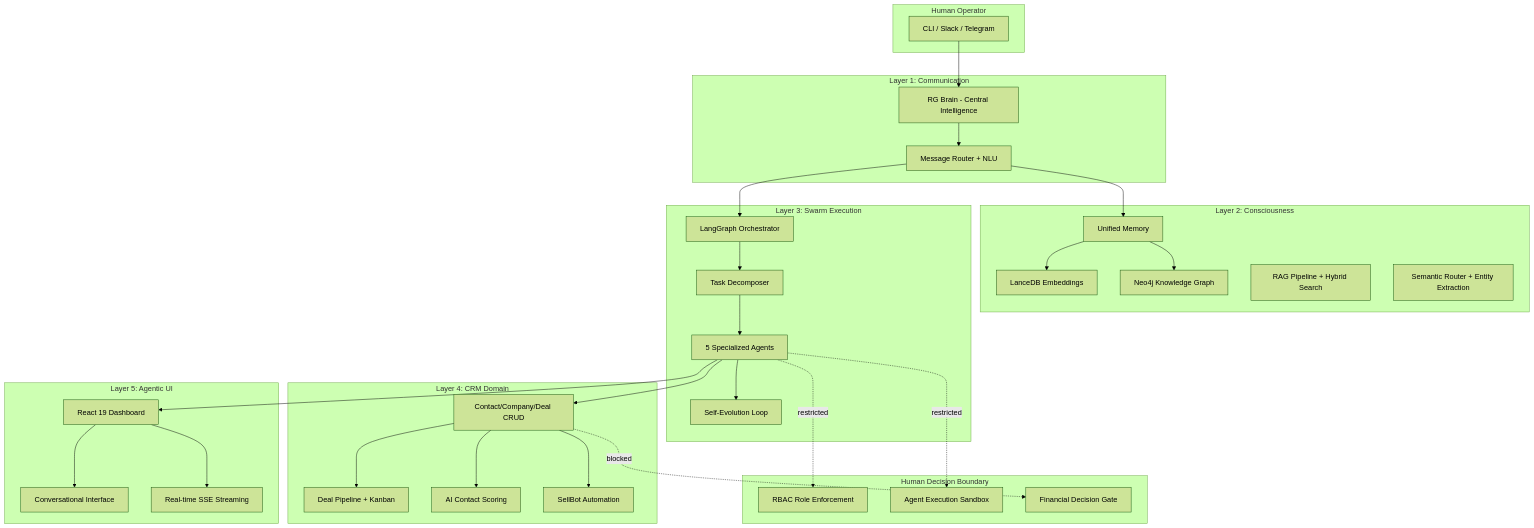
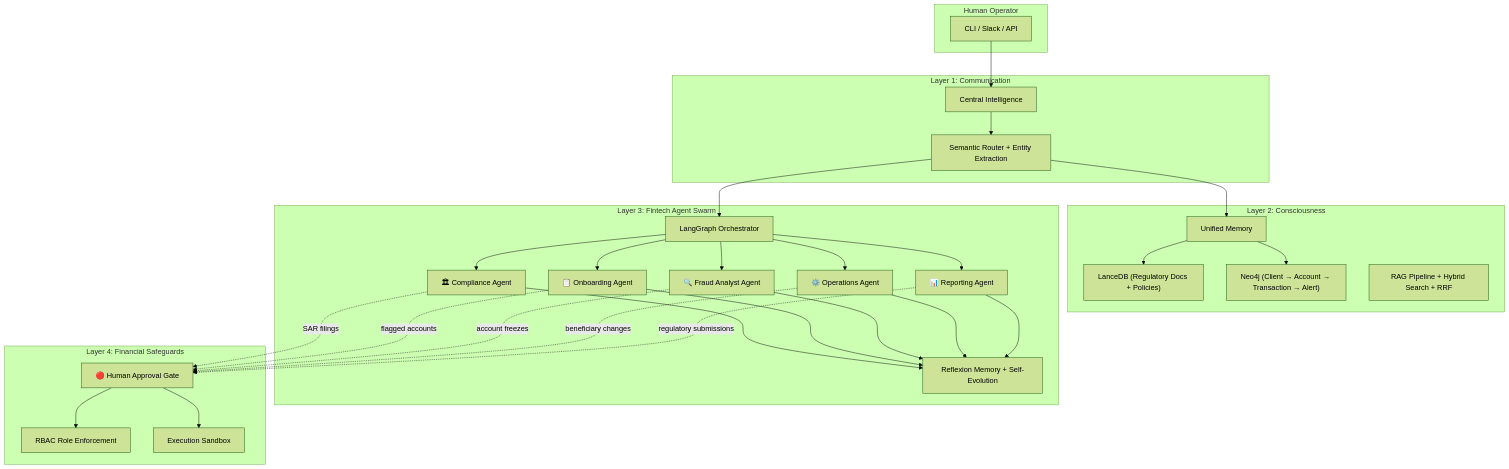
One commit to ravigandhiarul-agent/rg-ai-native-ops changed the diagram in README.md. Above: the diagram before and after it, drawn with Mermaid (forest theme). The commit also changed other lines of this file, not shown here.

Commit message:
Redesign README for Wealthsimple AI Builder: fintech-specific agents and architecture

````diff
--- a/README.md
+++ b/README.md
@@ -13,51 +25,47 @@
 ```mermaid
 graph TB
     subgraph "Human Operator"
-        CLI[CLI / Slack / Telegram]
+        CLI[CLI / Slack / API]
     end
+
     subgraph "Layer 1: Communication"
-        Brain[RG Brain - Central Intelligence]
-        Router[Message Router + NLU]
+        Brain[Central Intelligence]
+        NLU[Semantic Router + Entity Extraction]
     end
+
     subgraph "Layer 2: Consciousness"
         Memory[Unified Memory]
-        VectorDB[LanceDB Embeddings]
-        KG[Neo4j Knowledge Graph]
-        RAG[RAG Pipeline + Hybrid Search]
-        NLU[Semantic Router + Entity Extraction]
+        VectorDB["LanceDB (Regulatory Docs + Policies)"]
+        KG["Neo4j (Client → Account → Transaction → Alert)"]
+        RAG[RAG Pipeline + Hybrid Search + RRF]
     end
-    subgraph "Layer 3: Swarm Execution"
+
+    subgraph "Layer 3: Fintech Agent Swarm"
         Orchestrator[LangGraph Orchestrator]
-        Decomposer[Task Decomposer]
-        Agents[5 Specialized Agents]
-        Evolution[Self-Evolution Loop]
+        Compliance[🏛 Compliance Agent]
+        Onboarding[📋 Onboarding Agent]
+        Fraud[🔍 Fraud Analyst Agent]
+        Operations[⚙️ Operations Agent]
+        Reporting[📊 Reporting Agent]
+        Evolution[Reflexion Memory + Self-Evolution]
     end
-    subgraph "Layer 4: CRM Domain"
-        CRM[Contact/Company/Deal CRUD]
-        Pipeline[Deal Pipeline + Kanban]
-        Scoring[AI Contact Scoring]
-        SellBot[SellBot Automation]
+
+    subgraph "Layer 4: Financial Safeguards"
+        RBAC[RBAC Role Enforcement]
+        Sandbox[Execution Sandbox]
+        Gate["🔴 Human Approval Gate"]
     end
-    subgraph "Layer 5: Agentic UI"
-        Dashboard[React 19 Dashboard]
-        Chat[Conversational Interface]
-        SSE[Real-time SSE Streaming]
-    end
-    subgraph "Human Decision Boundary"
-        RBAC[RBAC Role Enforcement]
-        Sandbox[Agent Execution Sandbox]
-        Approval[Financial Decision Gate]
-    end
-    CLI --> Brain --> Router
-    Router --> Memory
+
+    CLI --> Brain --> NLU
+    NLU --> Memory
     Memory --> VectorDB & KG
-    Router --> Orchestrator
-    Orchestrator --> Decomposer --> Agents
-    Agents --> Evolution
-    Agents --> CRM
-    CRM --> Pipeline & Scoring & SellBot
-    Agents --> Dashboard
-    Dashboard --> Chat & SSE
-    CRM -.->|blocked| Approval
-    Agents -.->|restricted| RBAC & Sandbox
+    NLU --> Orchestrator
+    Orchestrator --> Compliance & Onboarding & Fraud & Operations & Reporting
+    Compliance & Onboarding & Fraud & Operations & Reporting --> Evolution
+    Compliance -.->|SAR filings| Gate
+    Onboarding -.->|flagged accounts| Gate
+    Fraud -.->|account freezes| Gate
+    Operations -.->|beneficiary changes| Gate
+    Reporting -.->|regulatory submissions| Gate
+    Gate --> RBAC & Sandbox
 ```
````
